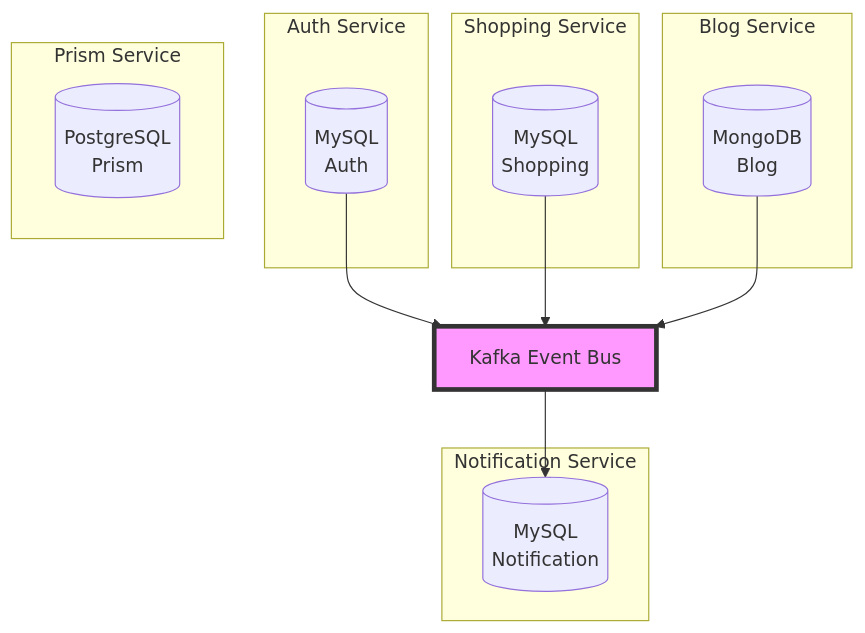
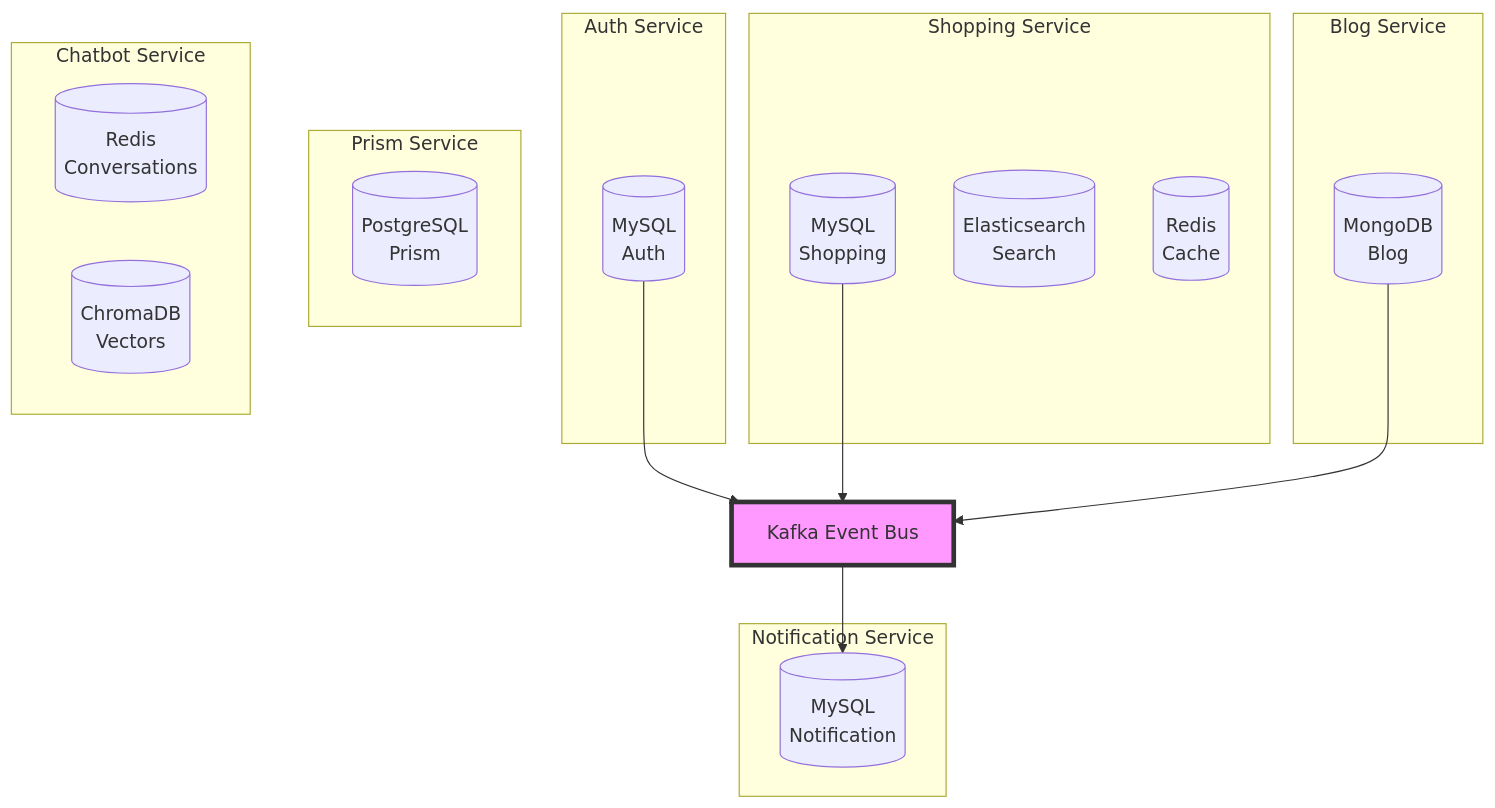
The diagram in docs/architecture/database/erd-overview.md (L-a-z-e/portal-universe), drawn with Mermaid before and after one commit. The commit also changed other lines of this file and 4 other files, not shown here.

First line of the commit message:
docs(database): rewrite DB schema docs to match actual codebase

````diff
--- a/docs/architecture/database/erd-overview.md
+++ b/docs/architecture/database/erd-overview.md
@@ -21,31 +21,38 @@
 ```mermaid
 graph TB
     subgraph "Auth Service"
         AuthDB[(MySQL<br/>Auth)]
     end
 
     subgraph "Shopping Service"
         ShoppingDB[(MySQL<br/>Shopping)]
+        ShoppingES[(Elasticsearch<br/>Search)]
+        ShoppingRedis[(Redis<br/>Cache)]
     end
 
     subgraph "Blog Service"
         BlogDB[(MongoDB<br/>Blog)]
     end
 
     subgraph "Notification Service"
         NotificationDB[(MySQL<br/>Notification)]
     end
 
     subgraph "Prism Service"
         PrismDB[(PostgreSQL<br/>Prism)]
     end
 
+    subgraph "Chatbot Service"
+        ChatbotRedis[(Redis<br/>Conversations)]
+        ChatbotChroma[(ChromaDB<br/>Vectors)]
+    end
+
     Kafka[Kafka Event Bus]
 
     AuthDB --> Kafka
     ShoppingDB --> Kafka
     BlogDB --> Kafka
     Kafka --> NotificationDB
 
     style Kafka fill:#f9f,stroke:#333,stroke-width:4px
 ```
````
